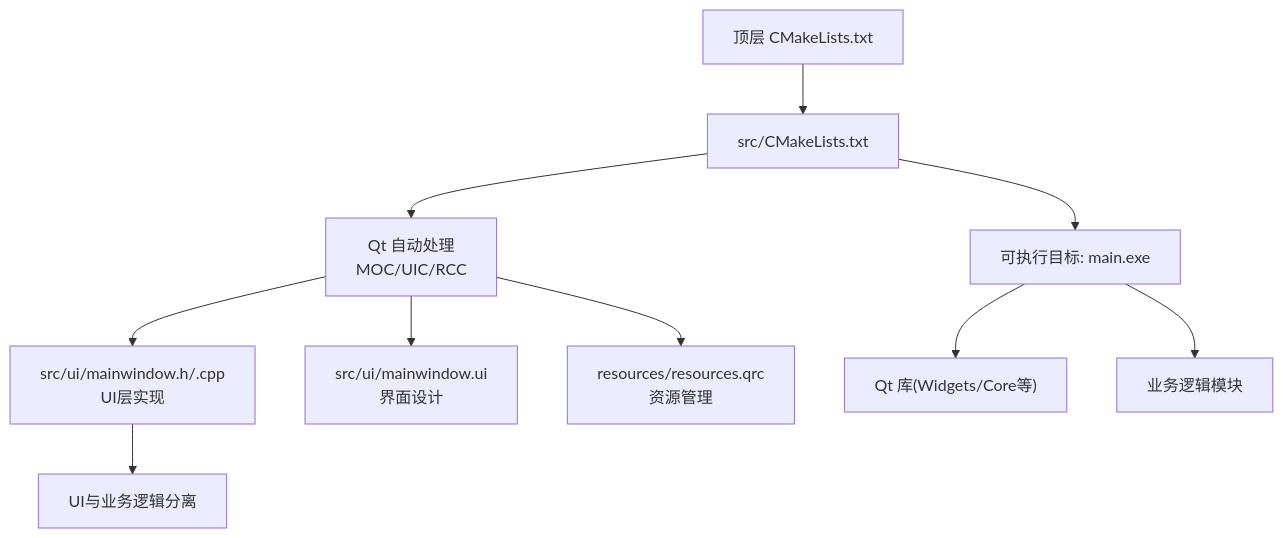
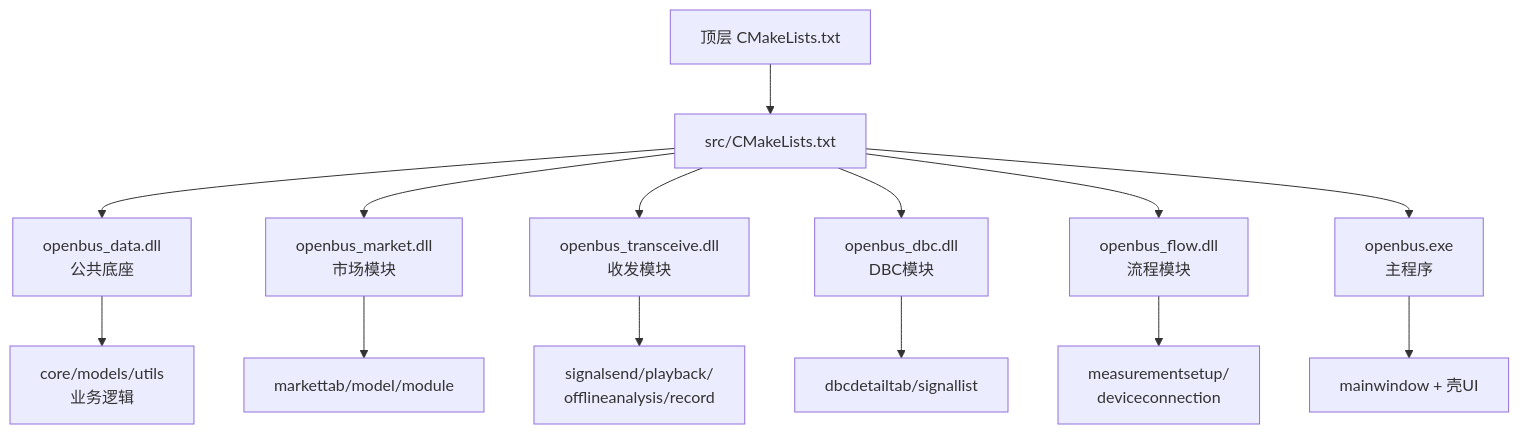
Before and after one commit to jakecai1225-design/OpenBus: the first of 4 diagrams in .qoder/repowiki/zh/content/构建和部署/构建流程/构建流程.md, drawn with Mermaid. The commit also changed other lines of this file and 177 other files, not shown here.

````diff
--- a/.qoder/repowiki/zh/content/构建和部署/构建流程/构建流程.md
+++ b/.qoder/repowiki/zh/content/构建和部署/构建流程/构建流程.md
@@ -52,12 +65,16 @@
 ```mermaid
 graph TB
 A["顶层 CMakeLists.txt"] --> B["src/CMakeLists.txt"]
-B --> C["可执行目标: main.exe"]
-B --> D["Qt 自动处理<br/>MOC/UIC/RCC"]
-D --> E["src/ui/mainwindow.h/.cpp<br/>UI层实现"]
-D --> F["src/ui/mainwindow.ui<br/>界面设计"]
-D --> G["resources/resources.qrc<br/>资源管理"]
-C --> H["Qt 库(Widgets/Core等)"]
-C --> I["业务逻辑模块"]
-E --> J["UI与业务逻辑分离"]
+B --> C["openbus_data.dll<br/>公共底座"]
+B --> D["openbus_market.dll<br/>市场模块"]
+B --> E["openbus_transceive.dll<br/>收发模块"]
+B --> F["openbus_dbc.dll<br/>DBC模块"]
+B --> G["openbus_flow.dll<br/>流程模块"]
+B --> H["openbus.exe<br/>主程序"]
+C --> I["core/models/utils<br/>业务逻辑"]
+D --> J["markettab/model/module"]
+E --> K["signalsend/playback/<br/>offlineanalysis/record"]
+F --> L["dbcdetailtab/signallist"]
+G --> M["measurementsetup/<br/>deviceconnection"]
+H --> N["mainwindow + 壳UI"]
 ```
````
